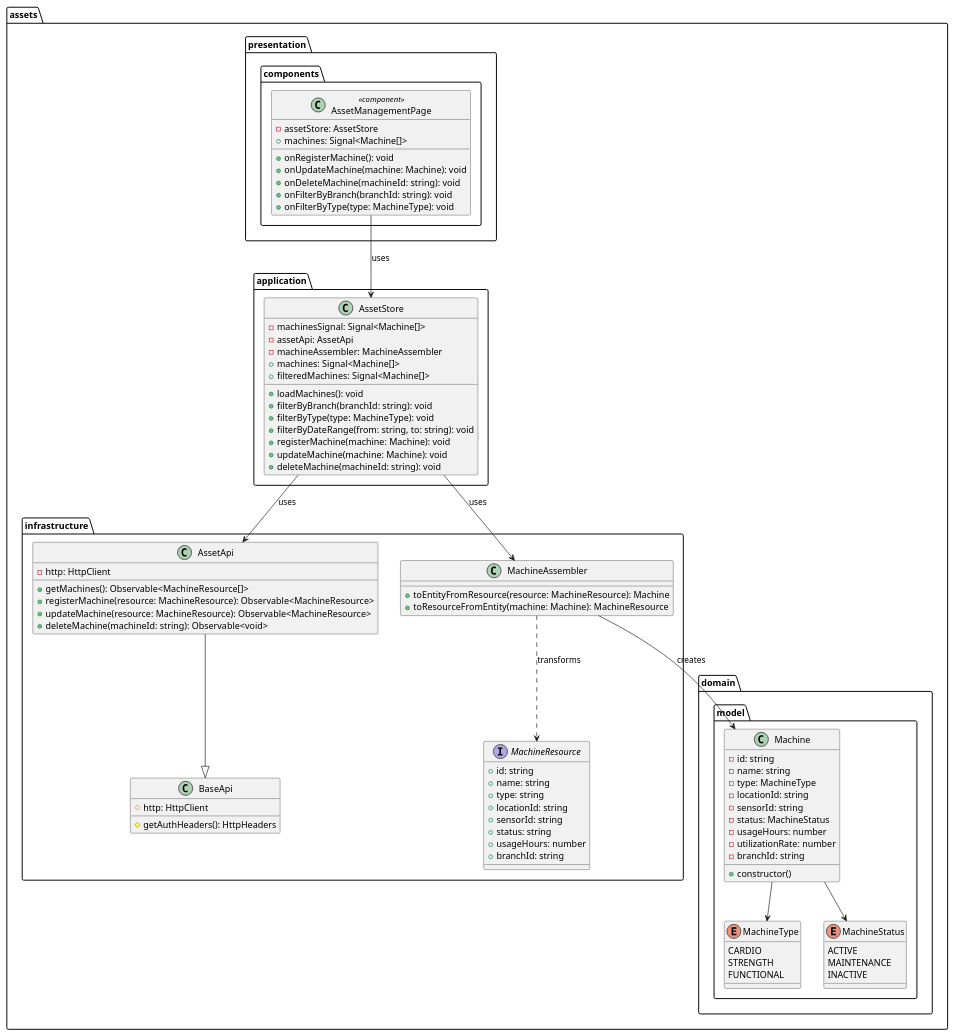
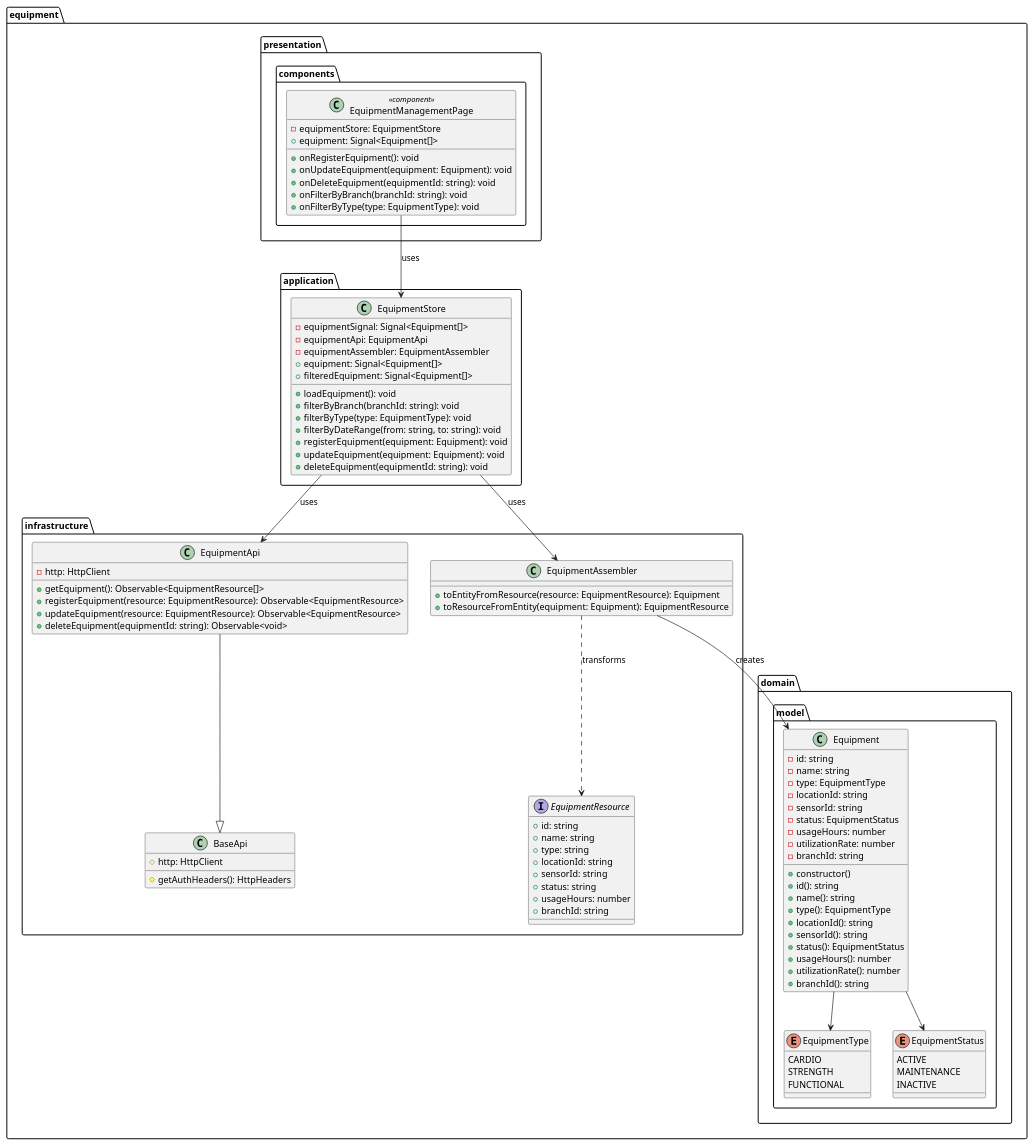
One commit to SpotTrack-1ASI0729-2610-11881/SpotTrack-Frontend-Web-Applications changed the diagram in src/docs/class-diagrams-frontend/class-diagram-asset-management.puml. Above: the diagram before and after it, drawn with PlantUML. The commit also changed 16 other files, not shown here.

Commit message:
feat: add equipment bounded context presentation and i18n

```diff
--- a/src/docs/class-diagrams-frontend/class-diagram-asset-management.puml
+++ b/src/docs/class-diagrams-frontend/class-diagram-asset-management.puml
@@ -1,94 +1,103 @@
-@startuml BC-03_Assets
+@startuml BC-03_Equipment
 
-package "assets.domain.model" {
-  class Machine {
+package "equipment.domain.model" {
+  class Equipment {
     - id: string
     - name: string
-    - type: MachineType
+    - type: EquipmentType
     - locationId: string
     - sensorId: string
-    - status: MachineStatus
+    - status: EquipmentStatus
     - usageHours: number
     - utilizationRate: number
     - branchId: string
     + constructor()
+    + id(): string
+    + name(): string
+    + type(): EquipmentType
+    + locationId(): string
+    + sensorId(): string
+    + status(): EquipmentStatus
+    + usageHours(): number
+    + utilizationRate(): number
+    + branchId(): string
   }
-  enum MachineType {
+  enum EquipmentType {
     CARDIO
     STRENGTH
     FUNCTIONAL
   }
-  enum MachineStatus {
+  enum EquipmentStatus {
     ACTIVE
     MAINTENANCE
     INACTIVE
   }
 }
 
-package "assets.application" {
-class AssetStore {
-  - machinesSignal: Signal<Machine[]>
-  - assetApi: AssetApi
-  - machineAssembler: MachineAssembler
-  + machines: Signal<Machine[]>
-  + filteredMachines: Signal<Machine[]>
-  + loadMachines(): void
+package "equipment.application" {
+class EquipmentStore {
+  - equipmentSignal: Signal<Equipment[]>
+  - equipmentApi: EquipmentApi
+  - equipmentAssembler: EquipmentAssembler
+  + equipment: Signal<Equipment[]>
+  + filteredEquipment: Signal<Equipment[]>
+  + loadEquipment(): void
   + filterByBranch(branchId: string): void
-  + filterByType(type: MachineType): void
+  + filterByType(type: EquipmentType): void
   + filterByDateRange(from: string, to: string): void
-  + registerMachine(machine: Machine): void
-  + updateMachine(machine: Machine): void
-  + deleteMachine(machineId: string): void
+  + registerEquipment(equipment: Equipment): void
+  + updateEquipment(equipment: Equipment): void
+  + deleteEquipment(equipmentId: string): void
 }
 }
 
-package "assets.infrastructure" {
-  class AssetApi {
+package "equipment.infrastructure" {
+  class EquipmentApi {
     - http: HttpClient
-    + getMachines(): Observable<MachineResource[]>
-    + registerMachine(resource: MachineResource): Observable<MachineResource>
-    + updateMachine(resource: MachineResource): Observable<MachineResource>
-    + deleteMachine(machineId: string): Observable<void>
+    + getEquipment(): Observable<EquipmentResource[]>
+    + registerEquipment(resource: EquipmentResource): Observable<EquipmentResource>
+    + updateEquipment(resource: EquipmentResource): Observable<EquipmentResource>
+    + deleteEquipment(equipmentId: string): Observable<void>
   }
-  interface MachineResource {
+  interface EquipmentResource {
     + id: string
     + name: string
     + type: string
     + locationId: string
     + sensorId: string
     + status: string
     + usageHours: number
     + branchId: string
   }
-  class MachineAssembler {
-    + toEntityFromResource(resource: MachineResource): Machine
-    + toResourceFromEntity(machine: Machine): MachineResource
+  class EquipmentAssembler {
+    + toEntityFromResource(resource: EquipmentResource): Equipment
+    + toResourceFromEntity(equipment: Equipment): EquipmentResource
   }
   class BaseApi {
     # http: HttpClient
     # getAuthHeaders(): HttpHeaders
   }
 }
 
-package "assets.presentation.components" {
-  class AssetManagementPage <<component>> {
-    - assetStore: AssetStore
-    + machines: Signal<Machine[]>
-    + onRegisterMachine(): void
-    + onUpdateMachine(machine: Machine): void
-    + onDeleteMachine(machineId: string): void
+package "equipment.presentation.components" {
+  class EquipmentManagementPage <<component>> {
+    - equipmentStore: EquipmentStore
+    + equipment: Signal<Equipment[]>
+    + onRegisterEquipment(): void
+    + onUpdateEquipment(equipment: Equipment): void
+    + onDeleteEquipment(equipmentId: string): void
     + onFilterByBranch(branchId: string): void
-    + onFilterByType(type: MachineType): void
+    + onFilterByType(type: EquipmentType): void
   }
 }
 
-AssetApi --|> BaseApi
-AssetStore --> AssetApi : uses
-AssetStore --> MachineAssembler : uses
-MachineAssembler ..> MachineResource : transforms
-MachineAssembler --> Machine : creates
-AssetManagementPage --> AssetStore : uses
-Machine --> MachineType
-Machine --> MachineStatus
+EquipmentApi --|> BaseApi
+EquipmentStore --> EquipmentApi : uses
+EquipmentStore --> EquipmentAssembler : uses
+EquipmentAssembler ..> EquipmentResource : transforms
+EquipmentAssembler --> Equipment : creates
+EquipmentManagementPage --> EquipmentStore : uses
+Equipment --> EquipmentType
+Equipment --> EquipmentStatus
 
 @enduml
```
